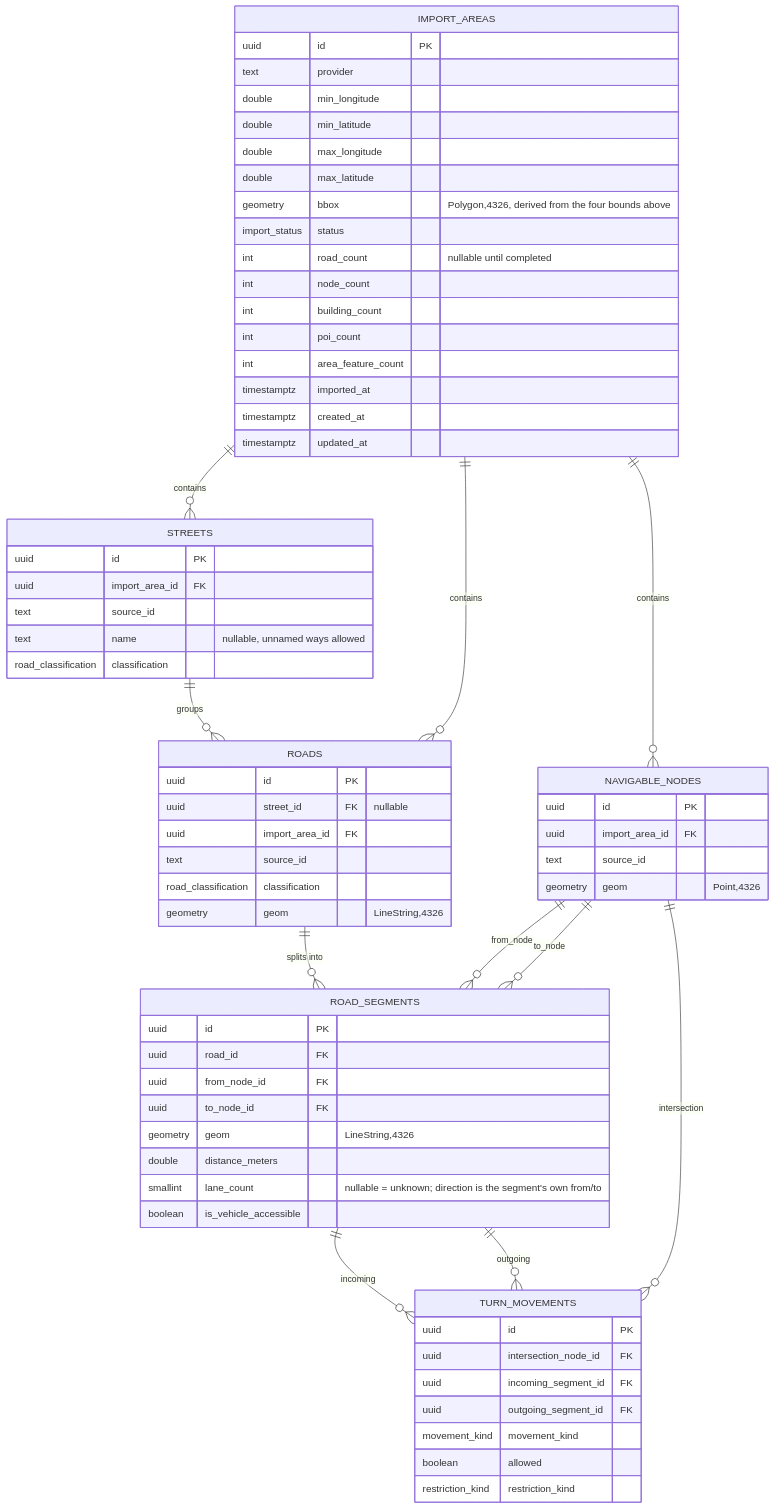
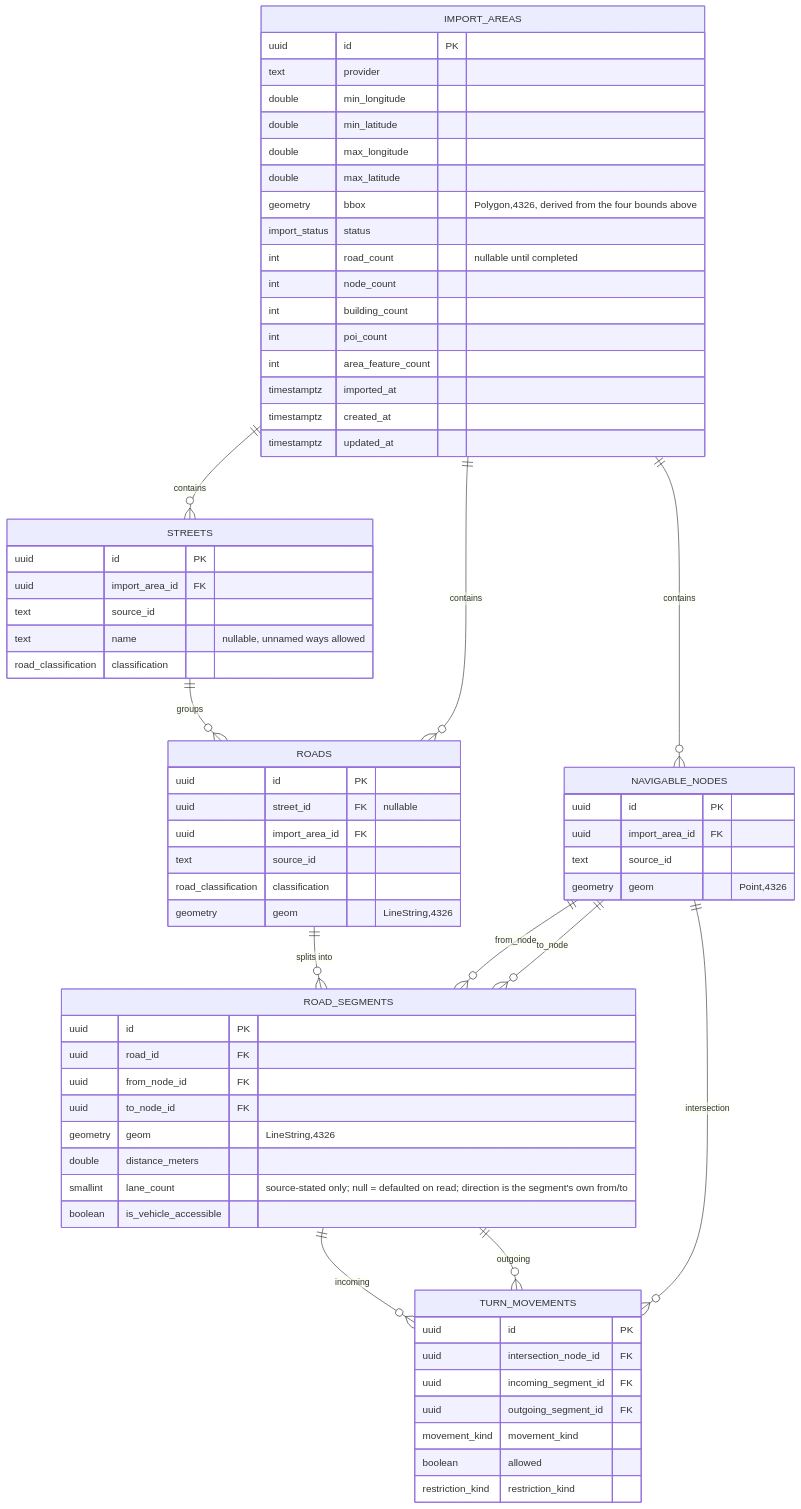
One commit to josuecm13/geospatial-reconstruction-engine changed the first of 3 diagrams in docs/schema.md. Above: the diagram before and after it, drawn with Mermaid. The commit also changed other lines of this file and 5 other files, not shown here.

````diff
--- a/docs/schema.md
+++ b/docs/schema.md
@@ -27,72 +27,72 @@
 ```mermaid
 erDiagram
     IMPORT_AREAS ||--o{ STREETS : contains
     IMPORT_AREAS ||--o{ ROADS : contains
     IMPORT_AREAS ||--o{ NAVIGABLE_NODES : contains
     STREETS ||--o{ ROADS : groups
     ROADS ||--o{ ROAD_SEGMENTS : "splits into"
     NAVIGABLE_NODES ||--o{ ROAD_SEGMENTS : from_node
     NAVIGABLE_NODES ||--o{ ROAD_SEGMENTS : to_node
     NAVIGABLE_NODES ||--o{ TURN_MOVEMENTS : intersection
     ROAD_SEGMENTS ||--o{ TURN_MOVEMENTS : incoming
     ROAD_SEGMENTS ||--o{ TURN_MOVEMENTS : outgoing
 
     IMPORT_AREAS {
         uuid id PK
         text provider
         double min_longitude
         double min_latitude
         double max_longitude
         double max_latitude
         geometry bbox "Polygon,4326, derived from the four bounds above"
         import_status status
         int road_count "nullable until completed"
         int node_count
         int building_count
         int poi_count
         int area_feature_count
         timestamptz imported_at
         timestamptz created_at
         timestamptz updated_at
     }
     STREETS {
         uuid id PK
         uuid import_area_id FK
         text source_id
         text name "nullable, unnamed ways allowed"
         road_classification classification
     }
     ROADS {
         uuid id PK
         uuid street_id FK "nullable"
         uuid import_area_id FK
         text source_id
         road_classification classification
         geometry geom "LineString,4326"
     }
     NAVIGABLE_NODES {
         uuid id PK
         uuid import_area_id FK
         text source_id
         geometry geom "Point,4326"
     }
     ROAD_SEGMENTS {
         uuid id PK
         uuid road_id FK
         uuid from_node_id FK
         uuid to_node_id FK
         geometry geom "LineString,4326"
         double distance_meters
-        smallint lane_count "nullable = unknown; direction is the segment's own from/to"
+        smallint lane_count "source-stated only; null = defaulted on read; direction is the segment's own from/to"
         boolean is_vehicle_accessible
     }
     TURN_MOVEMENTS {
         uuid id PK
         uuid intersection_node_id FK
         uuid incoming_segment_id FK
         uuid outgoing_segment_id FK
         movement_kind movement_kind
         boolean allowed
         restriction_kind restriction_kind
     }
 ```
````
